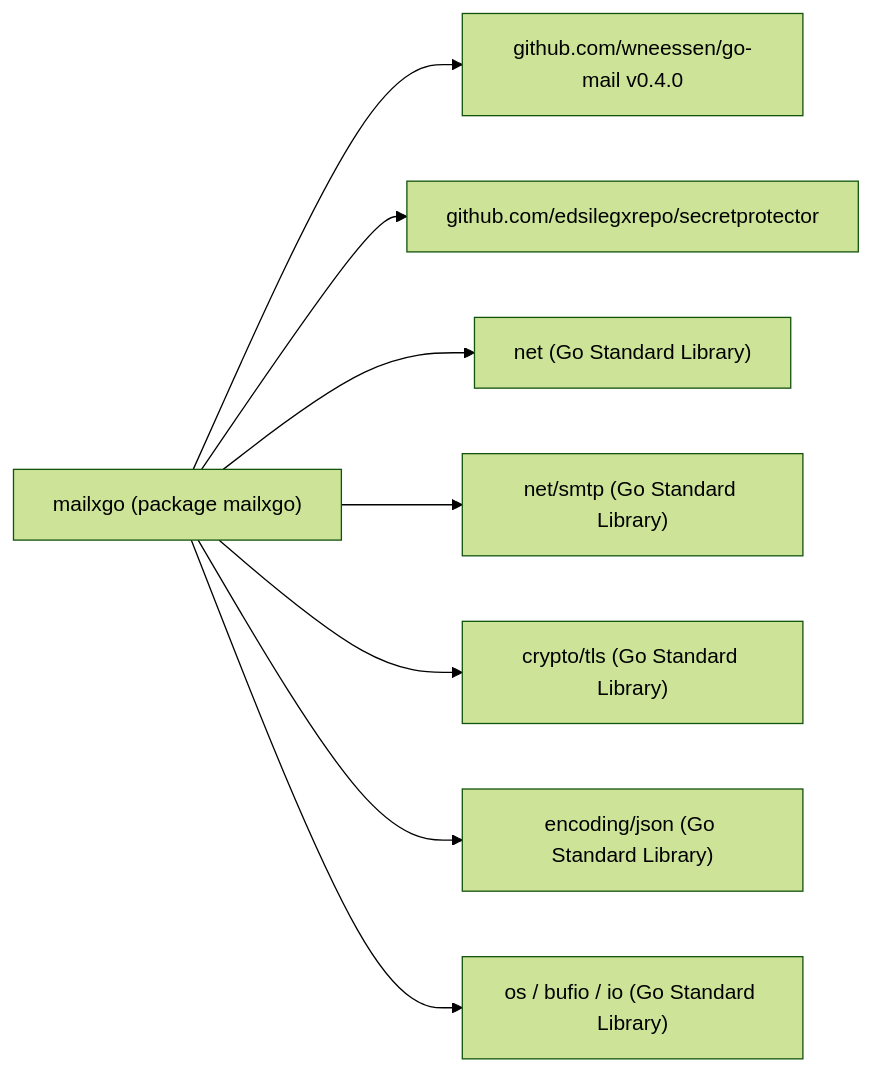
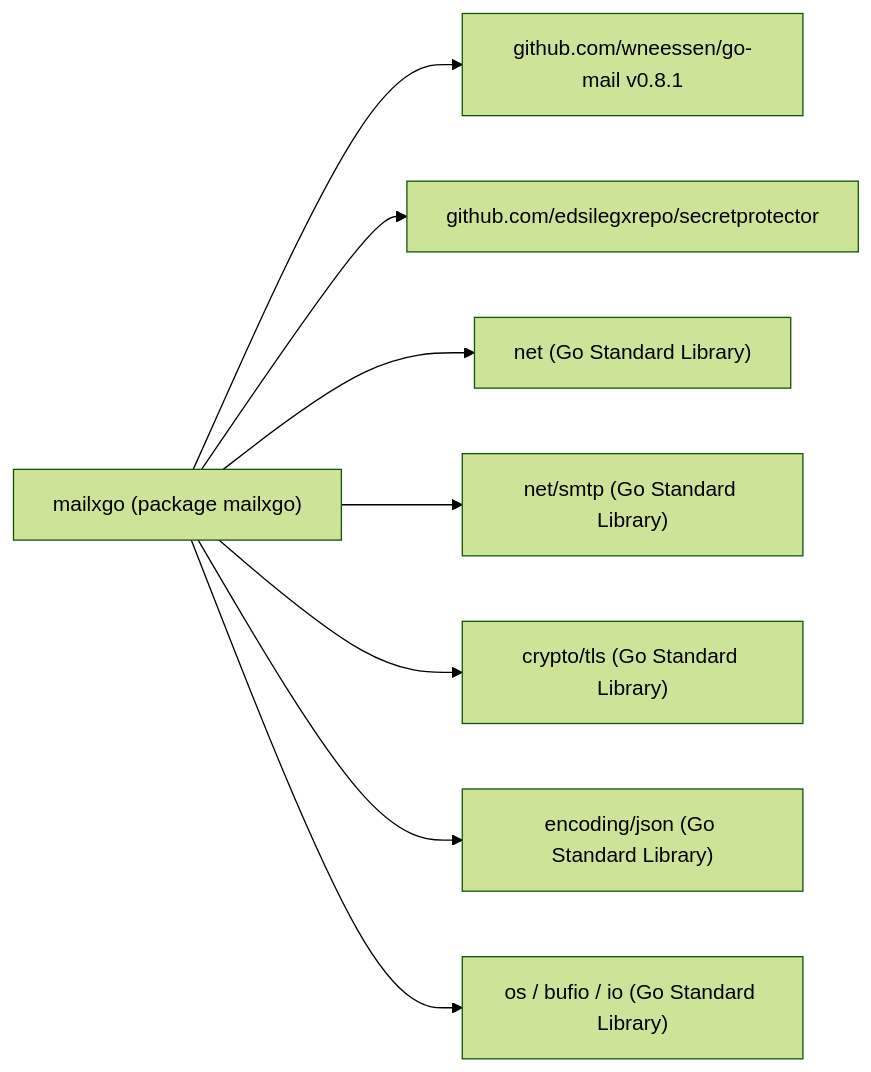
Before and after one commit to edsilegxrepo/mailxgo: the third of 4 diagrams in ARCHITECTURE.md, drawn with Mermaid (forest theme). The commit also changed other lines of this file and 19 other files, not shown here.

````diff
--- a/ARCHITECTURE.md
+++ b/ARCHITECTURE.md
@@ -117,10 +117,10 @@
 ```mermaid
 graph LR
-    mailxgo["mailxgo (package mailxgo)"] --> GoMail["github.com/wneessen/go-mail v0.4.0"]
+    mailxgo["mailxgo (package mailxgo)"] --> GoMail["github.com/wneessen/go-mail v0.8.1"]
     mailxgo --> SecProt["github.com/edsilegxrepo/secretprotector"]
     mailxgo --> StandardNet["net (Go Standard Library)"]
     mailxgo --> StandardSMTP["net/smtp (Go Standard Library)"]
     mailxgo --> StandardTLS["crypto/tls (Go Standard Library)"]
     mailxgo --> StandardJSON["encoding/json (Go Standard Library)"]
     mailxgo --> StandardIO["os / bufio / io (Go Standard Library)"]
 ```
````
